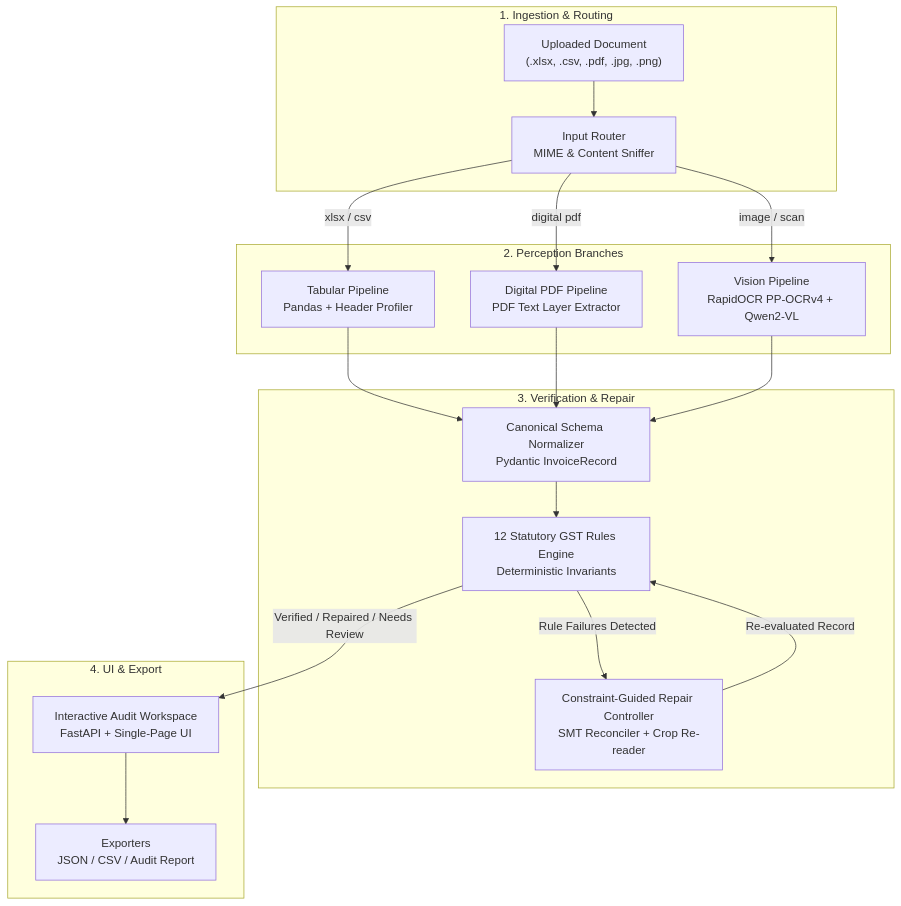
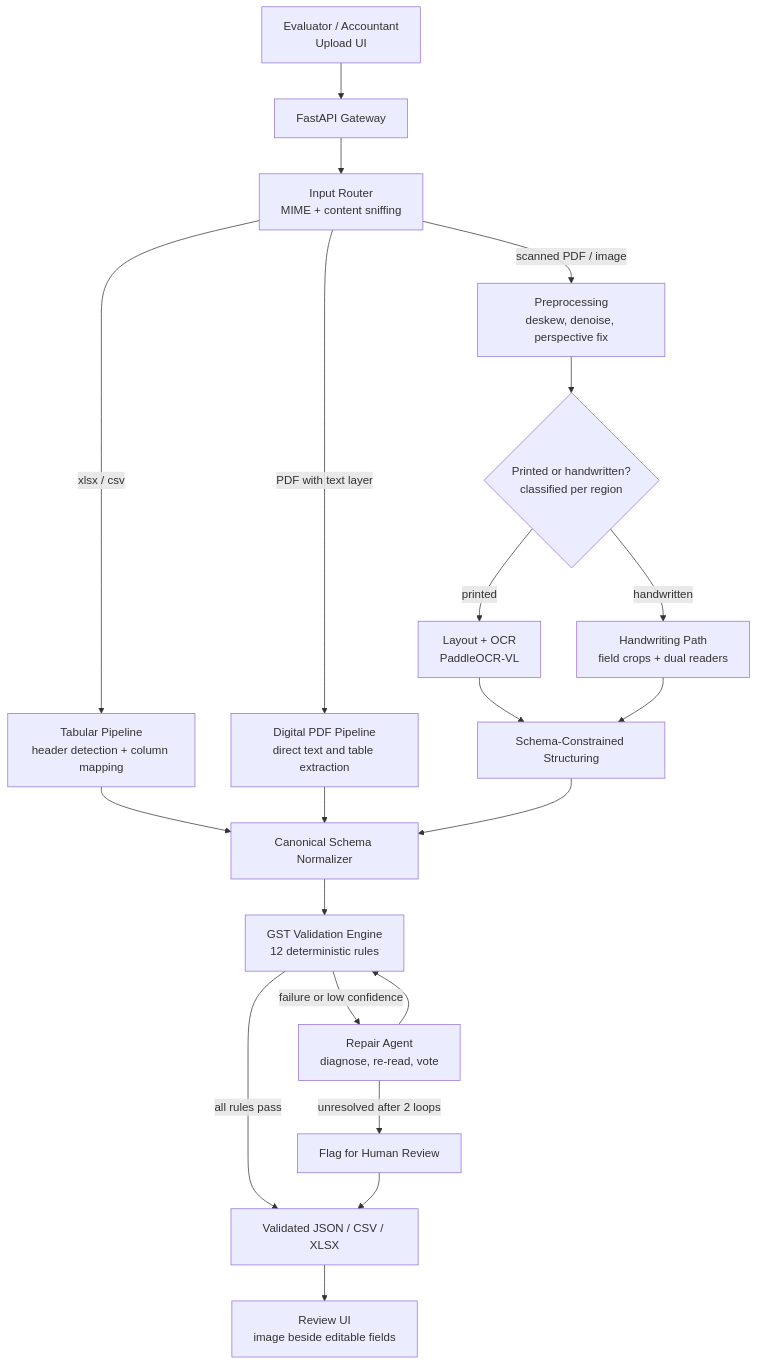
The first of 3 diagrams in README.md (11deybishal-commits/hacktober_2026), drawn with Mermaid before and after one commit. The commit also changed other lines of this file, not shown here.

````diff
--- a/README.md
+++ b/README.md
@@ -48,39 +133,27 @@
 ```mermaid
-flowchart TB
-    subgraph INGEST["1. Ingestion & Routing"]
-        FILE["Uploaded Document<br/>(.xlsx, .csv, .pdf, .jpg, .png)"]
-        ROUTER["Input Router<br/>MIME & Content Sniffer"]
-        FILE --> ROUTER
-    end
+flowchart TD
+    U["Evaluator / Accountant<br/>Upload UI"] --> API["FastAPI Gateway"]
+    API --> R["Input Router<br/>MIME + content sniffing"]
 
-    subgraph PIPELINE["2. Perception Branches"]
-        TAB["Tabular Pipeline<br/>Pandas + Header Profiler"]
-        PDF["Digital PDF Pipeline<br/>PDF Text Layer Extractor"]
-        OCR["Vision Pipeline<br/>RapidOCR PP-OCRv4 + Qwen2-VL"]
-        
-        ROUTER -->|"xlsx / csv"| TAB
-        ROUTER -->|"digital pdf"| PDF
-        ROUTER -->|"image / scan"| OCR
-    end
+    R -->|"xlsx / csv"| T["Tabular Pipeline<br/>header detection + column mapping"]
+    R -->|"PDF with text layer"| D["Digital PDF Pipeline<br/>direct text and table extraction"]
+    R -->|"scanned PDF / image"| P["Preprocessing<br/>deskew, denoise, perspective fix"]
 
-    subgraph ENGINE["3. Verification & Repair"]
-        NORM["Canonical Schema Normalizer<br/>Pydantic InvoiceRecord"]
-        RULES["12 Statutory GST Rules Engine<br/>Deterministic Invariants"]
-        REPAIR["Constraint-Guided Repair Controller<br/>SMT Reconciler + Crop Re-reader"]
-        
-        TAB --> NORM
-        PDF --> NORM
-        OCR --> NORM
-        NORM --> RULES
-        RULES -->|"Rule Failures Detected"| REPAIR
-        REPAIR -->|"Re-evaluated Record"| RULES
-    end
+    P --> C{"Printed or handwritten?<br/>classified per region"}
+    C -->|"printed"| O["Layout + OCR<br/>PaddleOCR-VL"]
+    C -->|"handwritten"| H["Handwriting Path<br/>field crops + dual readers"]
 
-    subgraph OUTPUT["4. UI & Export"]
-        UI["Interactive Audit Workspace<br/>FastAPI + Single-Page UI"]
-        EXPORTS["Exporters<br/>JSON / CSV / Audit Report"]
-        
-        RULES -->|"Verified / Repaired / Needs Review"| UI
-        UI --> EXPORTS
-    end
+    T --> N["Canonical Schema Normalizer"]
+    D --> N
+    O --> S["Schema-Constrained Structuring"]
+    H --> S
+    S --> N
+
+    N --> V["GST Validation Engine<br/>12 deterministic rules"]
+    V -->|"all rules pass"| X["Validated JSON / CSV / XLSX"]
+    V -->|"failure or low confidence"| A["Repair Agent<br/>diagnose, re-read, vote"]
+    A --> V
+    A -->|"unresolved after 2 loops"| F["Flag for Human Review"]
+    F --> X
+    X --> UI["Review UI<br/>image beside editable fields"]
 ```
````
